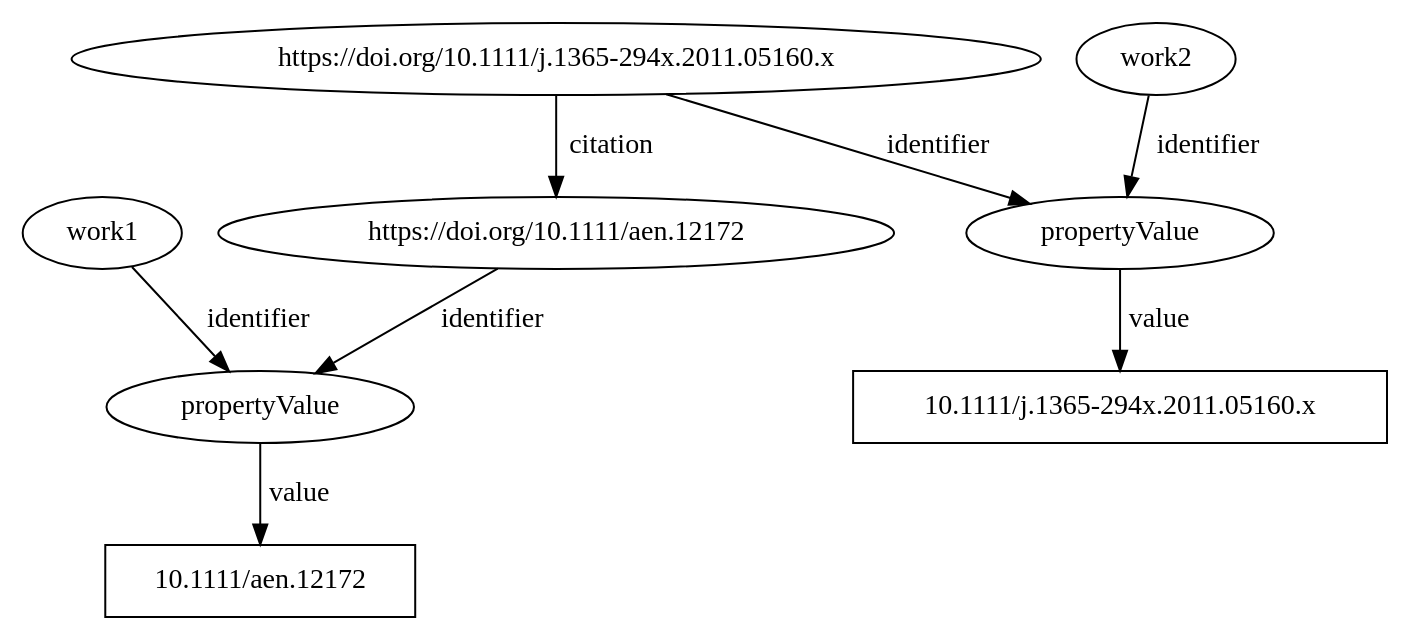
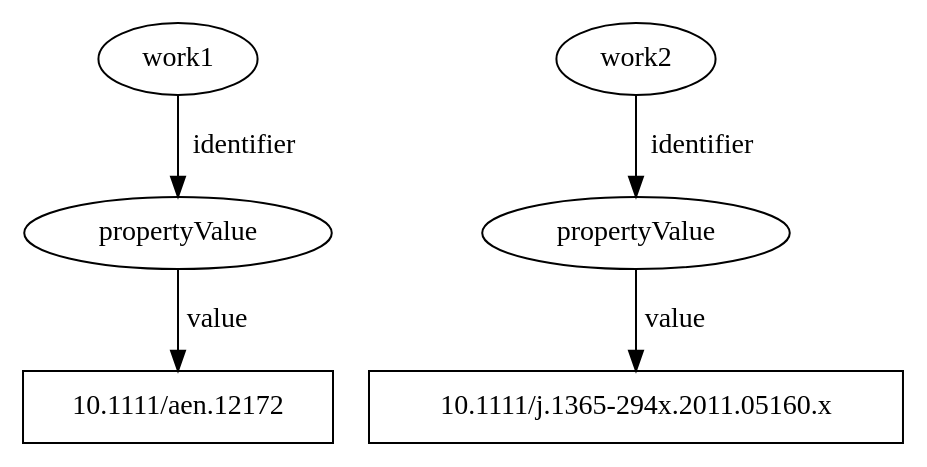
One commit to rdmpage/ozymandias-demo changed the diagram in manuscript/citation_identifier.dot. Above: the diagram before and after it, drawn with Graphviz. The commit also changed 92 other files, not shown here.

```diff
--- a/manuscript/citation_identifier.dot
+++ b/manuscript/citation_identifier.dot
@@ -1,41 +1,41 @@
 digraph G {
 
 	propertyValue1 [label="propertyValue"] ;
 	propertyValue2 [label="propertyValue"] ;
 
  work1 -> propertyValue1 [label="identifier"];
  value1 [label="10.1111/aen.12172",shape=box];
  propertyValue1 -> value1 [label="value"];
  
 
  /*crossref_work1 -> "https://doi.org/10.1111/aen.12172" [label="@id"];
  crossref_work1 -> propertyValue1 [label="identifier"];*/
 
- doi2 -> propertyValue1 [label="identifier"];
+/* doi2 -> propertyValue1 [label="identifier"]; */
  
  
 
  work2 -> propertyValue2 [label="identifier"];
  value2 [label="10.1111/j.1365-294x.2011.05160.x",shape=box];
  propertyValue2 -> value2 [label="value"];
  
 /* crossref_work2 -> "https://doi.org/10.1111/j.1365-294x.2011.05160.x" [label="@id"];
  crossref_work2 -> propertyValue2 [label="identifier"];*/
  
  
- doi1 [label= "https://doi.org/10.1111/j.1365-294x.2011.05160.x"];
+ /*doi1 [label= "https://doi.org/10.1111/j.1365-294x.2011.05160.x"];
  doi2 [label="https://doi.org/10.1111/aen.12172"];
  
 doi1 -> propertyValue2 [label="identifier"];
  
-doi1 -> doi2 [label="citation"];
+doi1 -> doi2 [label="citation"];*/
  
  
  /*
  propertyValue1 -> "doi" [label="propertyID"];
  propertyValue2 -> "doi" [label="propertyID"];
  */
  
 
 
 }
```
